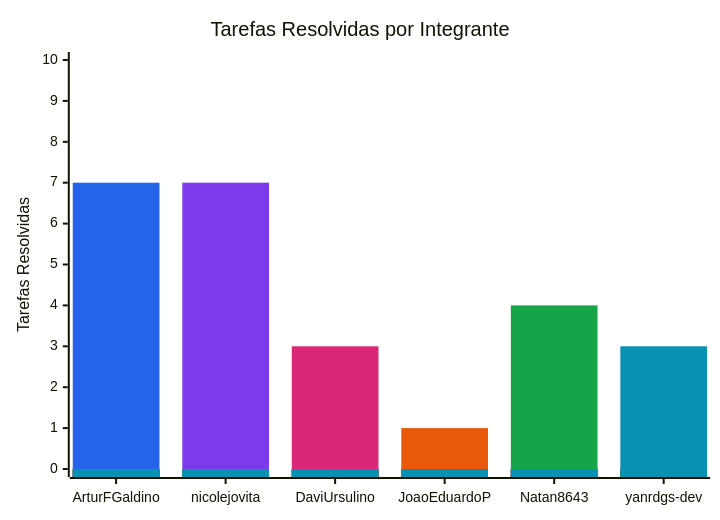
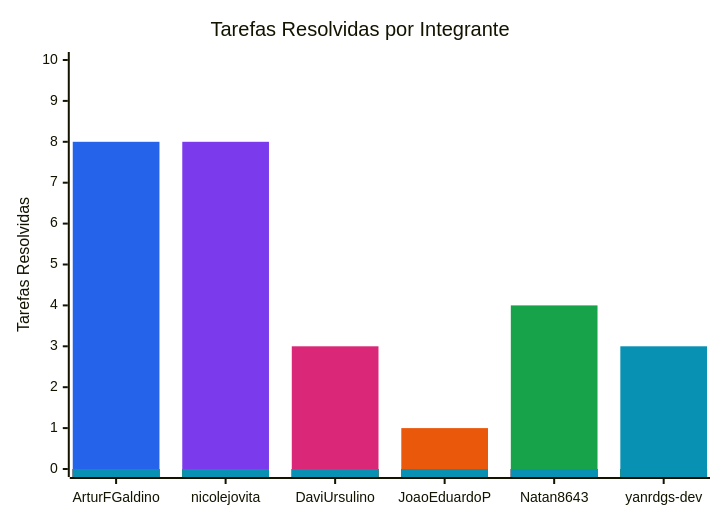
The diagram in snippets/resolved-issues.mmd (FCTE-Qualidade-de-Software-1/2026-2_T02_KAY_MCNULTY), drawn with Mermaid before and after one commit. The commit also changed 10 other files, not shown here.

```diff
--- a/snippets/resolved-issues.mmd
+++ b/snippets/resolved-issues.mmd
@@ -1,11 +1,11 @@
 %%{init: {"themeVariables": {"xyChart": {"plotColorPalette": "#2563eb, #7c3aed, #db2777, #ea580c, #16a34a, #0891b2"}}}}%%
 xychart-beta
     title "Tarefas Resolvidas por Integrante"
     x-axis ["ArturFGaldino", "nicolejovita", "DaviUrsulino", "JoaoEduardoP", "Natan8643", "yanrdgs-dev"]
     y-axis "Tarefas Resolvidas" 0 --> 10
-    bar [7, 0, 0, 0, 0, 0]
-    bar [0, 7, 0, 0, 0, 0]
+    bar [8, 0, 0, 0, 0, 0]
+    bar [0, 8, 0, 0, 0, 0]
     bar [0, 0, 3, 0, 0, 0]
     bar [0, 0, 0, 1, 0, 0]
     bar [0, 0, 0, 0, 4, 0]
     bar [0, 0, 0, 0, 0, 3]
```
